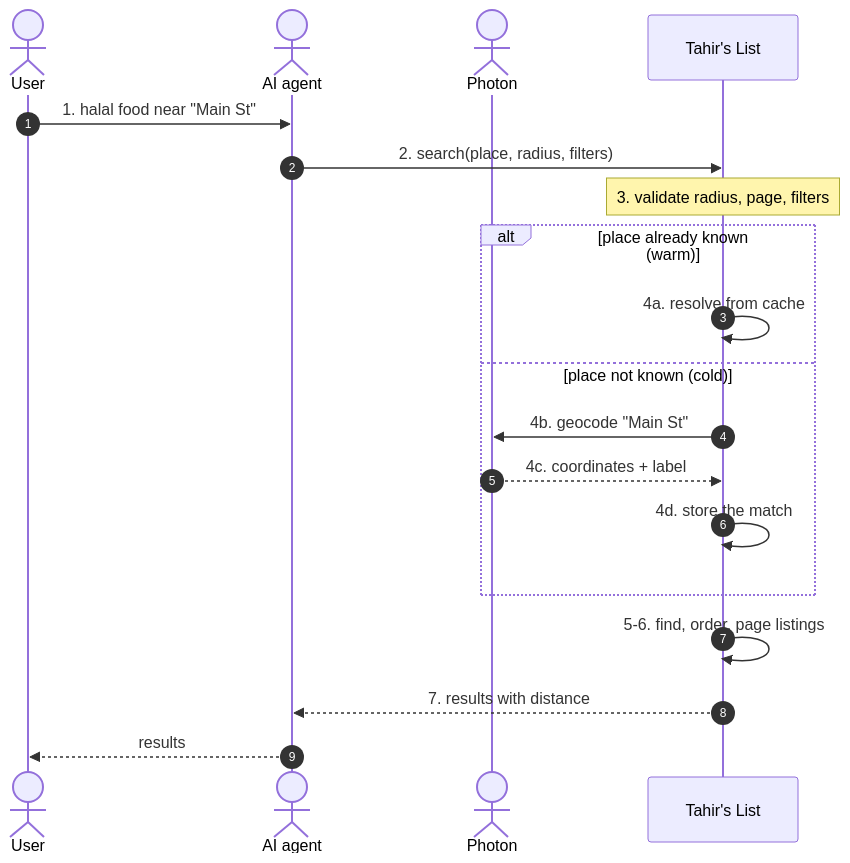
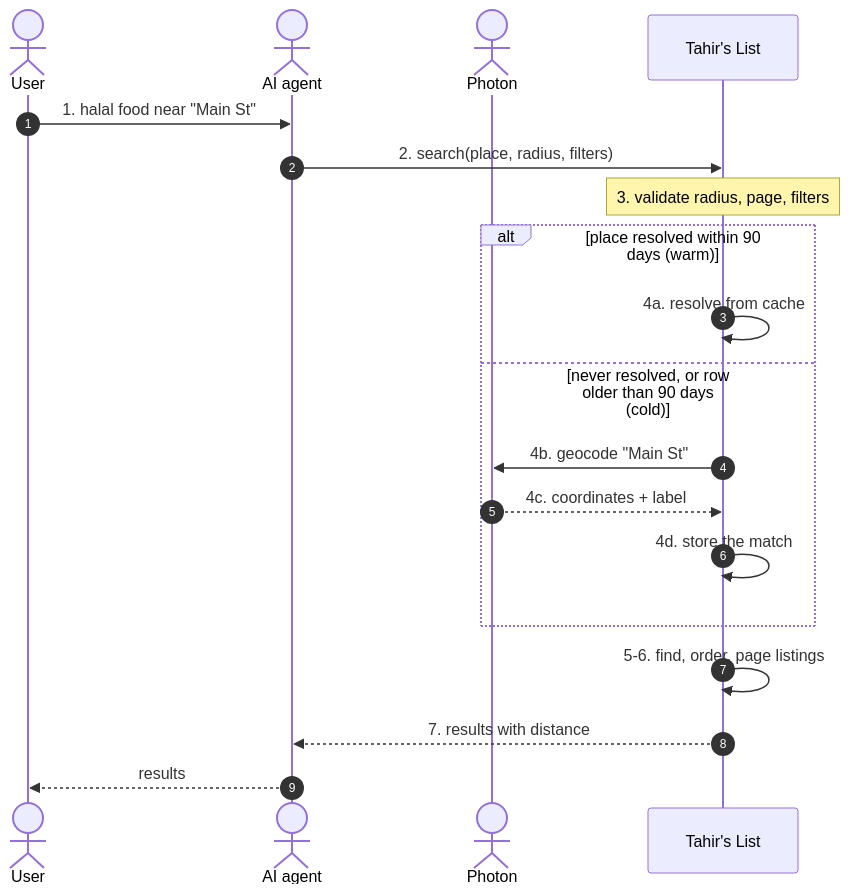
Before and after one commit to Losers-Lab/tahirs-list: the first of 4 diagrams in docs/features/SC-198/04-blackbox/UC-01-search-restaurants.md, drawn with Mermaid. The commit also changed other lines of this file and 9 other files, not shown here.

````diff
--- a/docs/features/SC-198/04-blackbox/UC-01-search-restaurants.md
+++ b/docs/features/SC-198/04-blackbox/UC-01-search-restaurants.md
@@ -6,22 +6,22 @@
 ```mermaid
 sequenceDiagram
   autonumber
   actor U as User
   actor AG as AI agent
   actor PH as Photon
   participant S as Tahir's List
 
   U->>AG: 1. halal food near "Main St"
   AG->>S: 2. search(place, radius, filters)
   Note over S: 3. validate radius, page, filters
-  alt place already known (warm)
+  alt place resolved within 90 days (warm)
     S->>S: 4a. resolve from cache
-  else place not known (cold)
+  else never resolved, or row older than 90 days (cold)
     S->>PH: 4b. geocode "Main St"
     PH-->>S: 4c. coordinates + label
     S->>S: 4d. store the match
   end
   S->>S: 5-6. find, order, page listings
   S-->>AG: 7. results with distance
   AG-->>U: results
 ```
````
